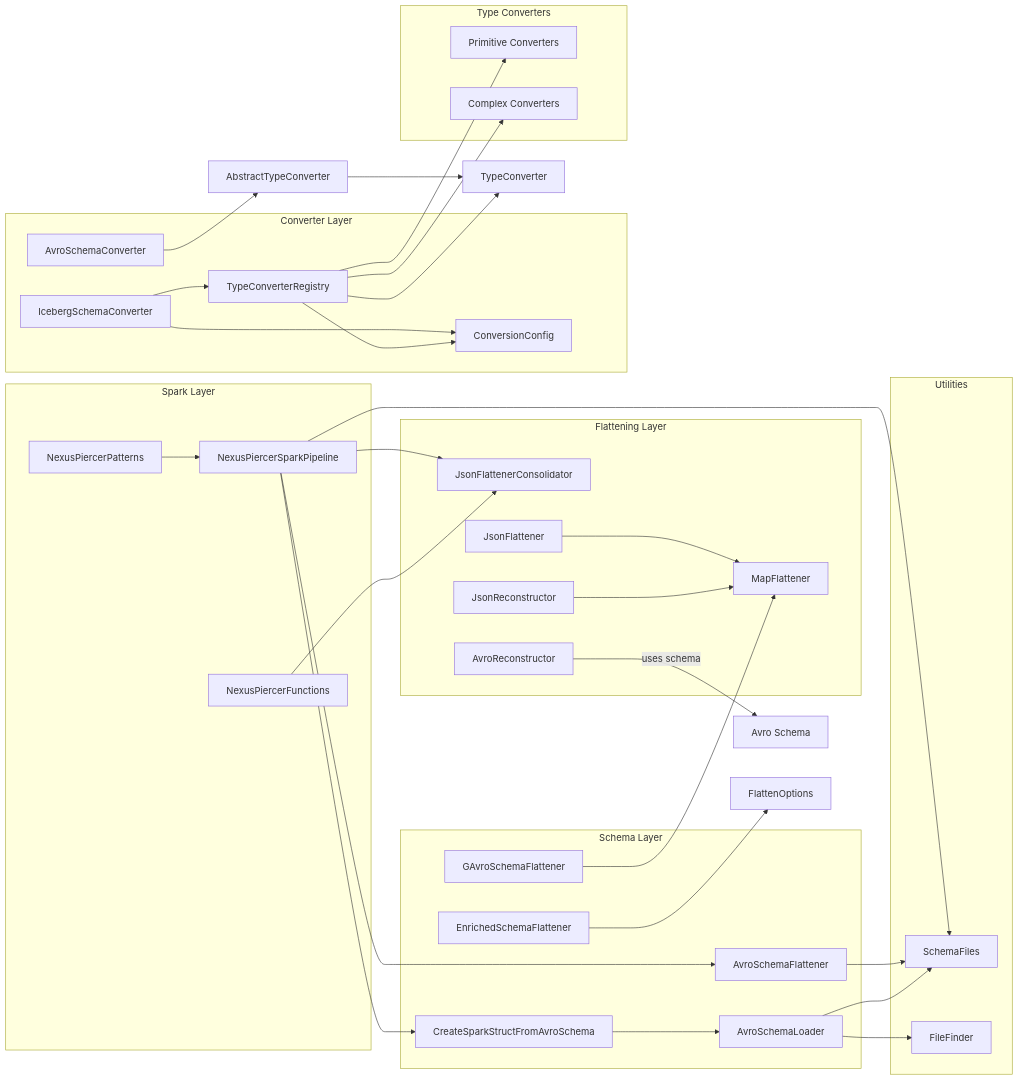
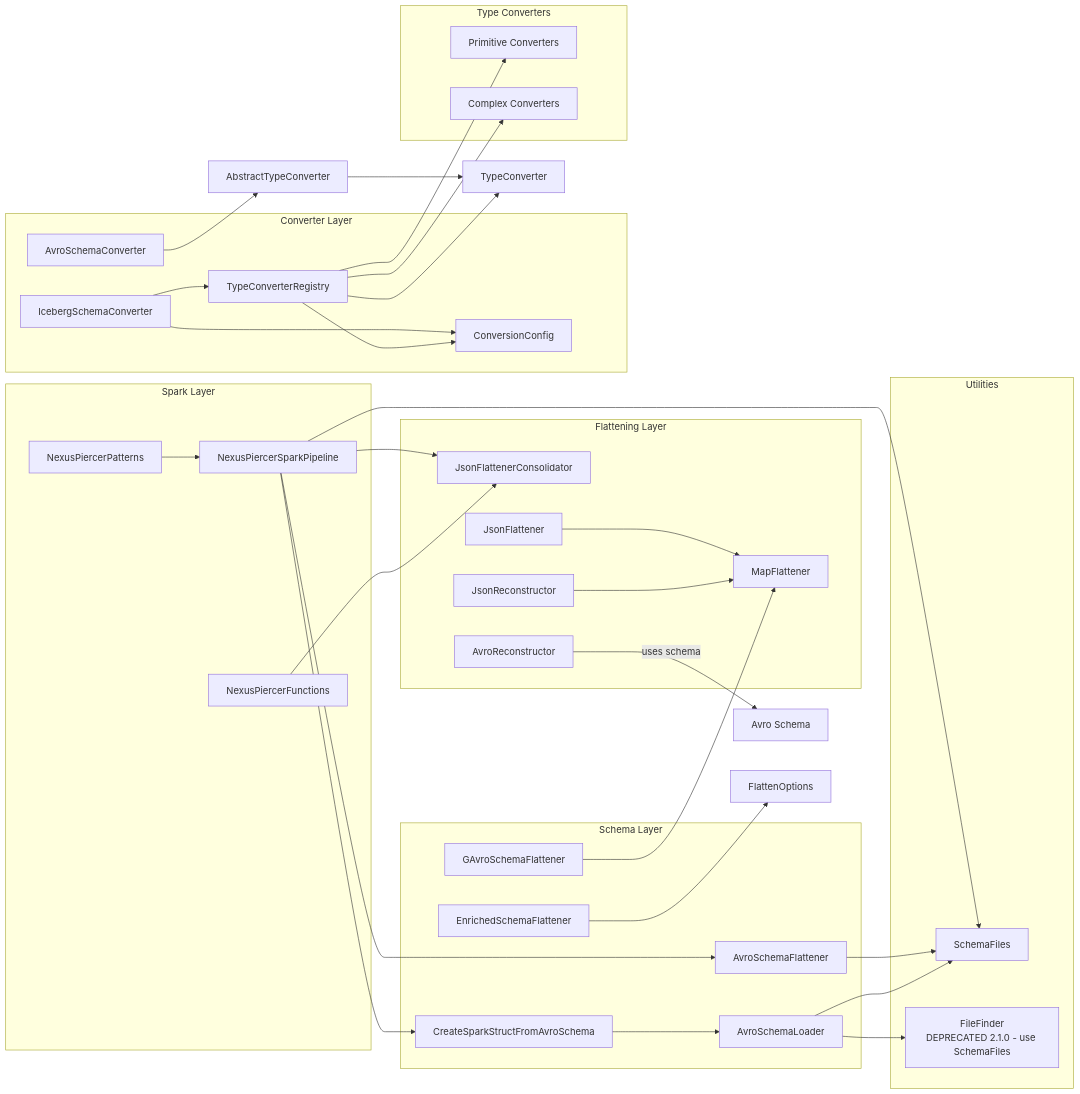
One commit to pierce-lonergan/NexusPiercer changed the third of 6 diagrams in docs/ARCHITECTURE_GRAPH.md. Above: the diagram before and after it, drawn with Mermaid. The commit also changed other lines of this file and 18 other files, not shown here.

````diff
--- a/docs/ARCHITECTURE_GRAPH.md
+++ b/docs/ARCHITECTURE_GRAPH.md
@@ -56,70 +66,70 @@
 ```mermaid
 graph LR
     subgraph "Spark Layer"
         NPSP[NexusPiercerSparkPipeline]
         NPF[NexusPiercerFunctions]
         NPP[NexusPiercerPatterns]
     end
     
     subgraph "Flattening Layer"
         JFC[JsonFlattenerConsolidator]
         MF[MapFlattener]
         JF[JsonFlattener]
         JR[JsonReconstructor]
         AR[AvroReconstructor]
     end
     
     subgraph "Schema Layer"
         ESF[EnrichedSchemaFlattener]
         ASF[AvroSchemaFlattener]
         ASL[AvroSchemaLoader]
         GASF[GAvroSchemaFlattener]
         CSFS[CreateSparkStructFromAvroSchema]
     end
     
     subgraph "Converter Layer"
         ASC[AvroSchemaConverter]
         ISC[IcebergSchemaConverter]
         TCR[TypeConverterRegistry]
         CC[ConversionConfig]
     end
     
     subgraph "Type Converters"
         TC_PRIM[Primitive Converters]
         TC_COMPLEX[Complex Converters]
     end
     
     subgraph "Utilities"
         SF[SchemaFiles]
-        FF[FileFinder]
+        FF["FileFinder<br/>DEPRECATED 2.1.0 - use SchemaFiles"]
     end
     
     NPSP --> JFC
     NPSP --> ASF
     NPSP --> CSFS
     NPSP --> SF
     NPP --> NPSP
     
     NPF --> JFC
     
     JF --> MF
     JR[JsonReconstructor] --> MF
     
     AR --> |"uses schema"| AVRO_SCHEMA[Avro Schema]
     
     ESF --> FO[FlattenOptions]
     ASF --> SF
     ASL --> SF
     ASL --> FF
     GASF --> MF
     CSFS --> ASL
     
     ISC --> TCR
     ISC --> CC
     ASC --> ATC[AbstractTypeConverter]
     ATC --> TC[TypeConverter]
     TCR --> CC
     TCR --> TC
     TCR --> TC_PRIM
     TCR --> TC_COMPLEX
 ```
````
